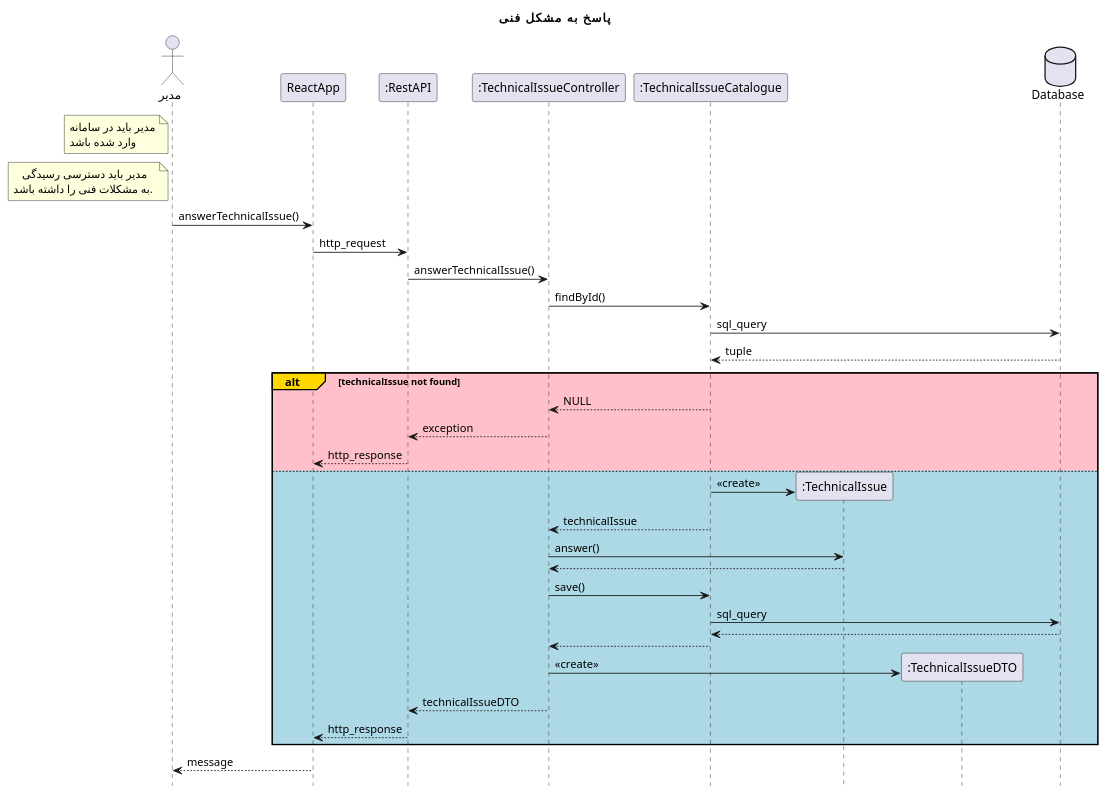
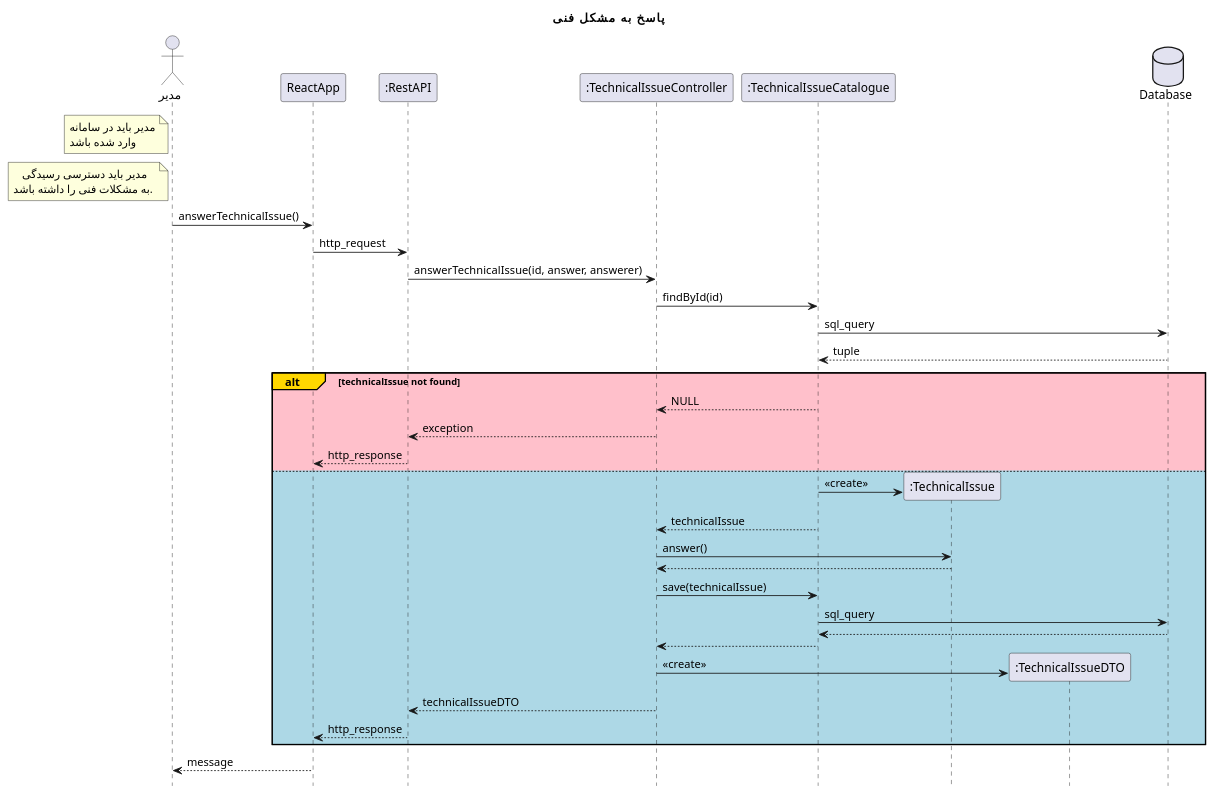
One commit to Khedmatkar-OOD-spring-2022/Model-and-Documents changed the diagram in design sequence diagams/answerTechnicalIssue.plantuml. Above: the diagram before and after it, drawn with PlantUML. The commit also changed 26 other files, not shown here.

```diff
--- a/design sequence diagams/answerTechnicalIssue.plantuml
+++ b/design sequence diagams/answerTechnicalIssue.plantuml
@@ -1,51 +1,51 @@
 @startuml logout
 hide footbox
 title "پاسخ به مشکل فنی"
 actor "مدیر" as root
 participant ReactApp
 participant ":RestAPI" as RestAPI
 participant ":TechnicalIssueController" as TechnicalIssueController
 participant ":TechnicalIssueCatalogue" as TechnicalIssueCatalogue
 participant ":TechnicalIssue" as TechnicalIssue
 participant ":TechnicalIssueDTO" as TechnicalIssueDTO
 database Database
 
 note left of root
     مدیر باید در سامانه
     وارد شده باشد
 end note
 note left of root
      مدیر باید دسترسی رسیدگی
   به مشکلات فنی را داشته باشد. 
 end note
 
 root -> ReactApp: answerTechnicalIssue()
 ReactApp -> RestAPI : http_request
-RestAPI -> TechnicalIssueController: answerTechnicalIssue()
-TechnicalIssueController -> TechnicalIssueCatalogue : findById()
+RestAPI -> TechnicalIssueController: answerTechnicalIssue(id, answer, answerer)
+TechnicalIssueController -> TechnicalIssueCatalogue : findById(id)
 TechnicalIssueCatalogue -> Database : sql_query
 return tuple
 alt#Gold #Pink technicalIssue not found
 
     TechnicalIssueCatalogue --> TechnicalIssueController: NULL
     TechnicalIssueController --> RestAPI: exception
     RestAPI --> ReactApp : http_response
 
 else #LightBlue
 
     TechnicalIssueCatalogue -> TechnicalIssue ** :<<create>>
     TechnicalIssueCatalogue --> TechnicalIssueController : technicalIssue
     TechnicalIssueController -> TechnicalIssue: answer()
     return
-    TechnicalIssueController -> TechnicalIssueCatalogue : save()
+    TechnicalIssueController -> TechnicalIssueCatalogue : save(technicalIssue)
     TechnicalIssueCatalogue -> Database :sql_query
     return 
     TechnicalIssueCatalogue --> TechnicalIssueController
     TechnicalIssueController -> TechnicalIssueDTO **: <<create>>
     TechnicalIssueController --> RestAPI: technicalIssueDTO
     RestAPI --> ReactApp : http_response
 
 end
 ReactApp --> root: message
 
 @enduml
```
